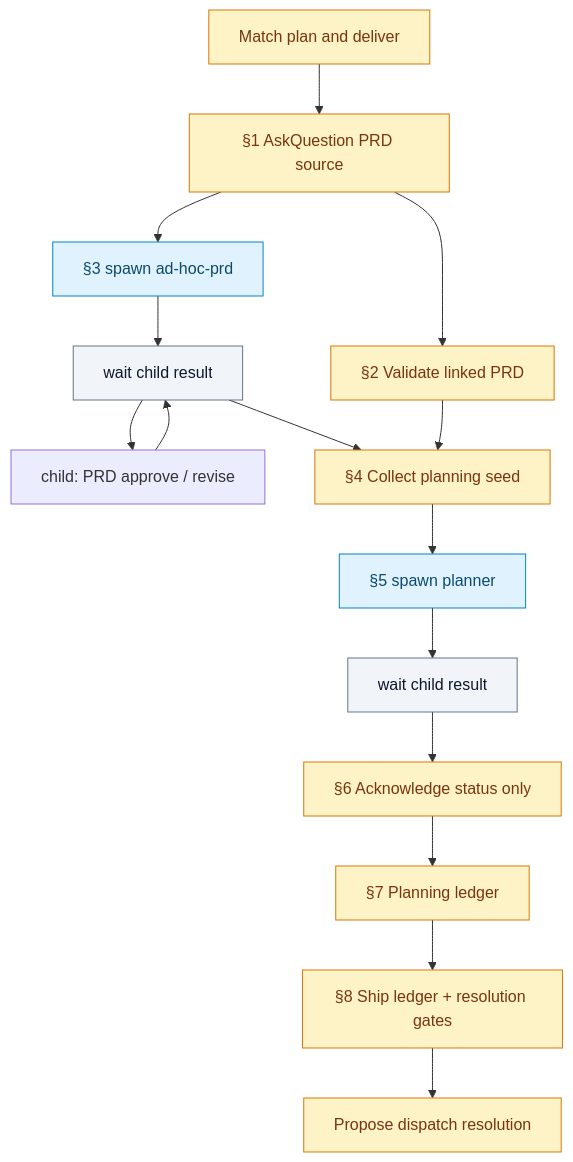
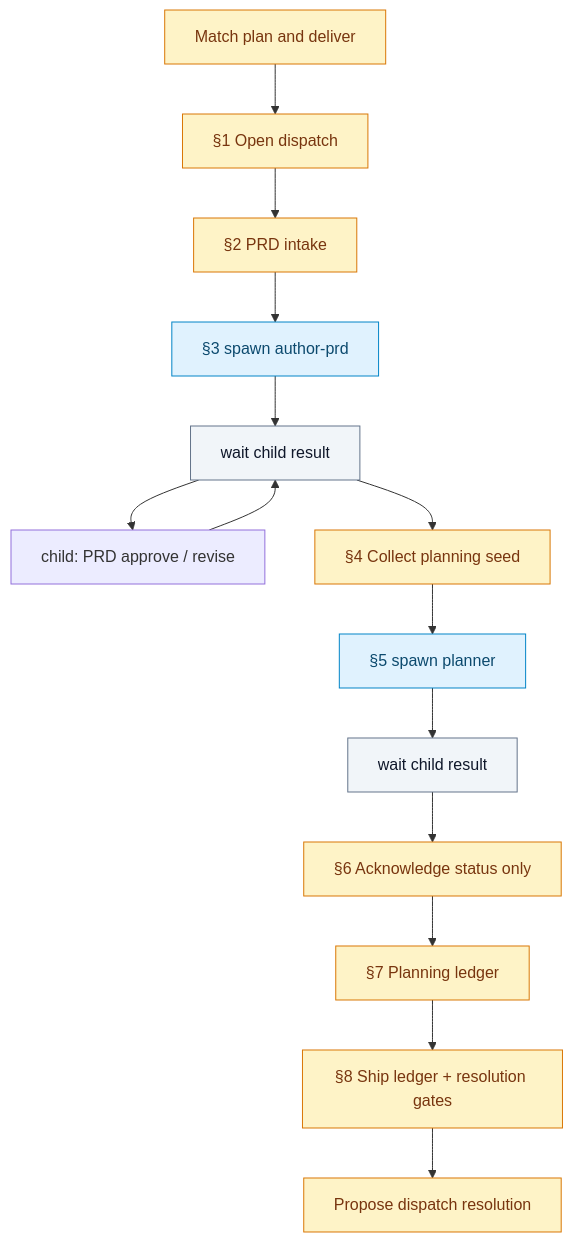
One commit to safebeat-sedea/research-and-development changed the fourth of 4 diagrams in missions/plan-and-deliver/plan.mdc. Above: the diagram before and after it, drawn with Mermaid. The commit also changed other lines of this file and 9 other files, not shown here.

First line of the commit message:
Integrate author-prd into plan-and-deliver and remove standalone prd mission.

````diff
--- a/missions/plan-and-deliver/plan.mdc
+++ b/missions/plan-and-deliver/plan.mdc
@@ -218,22 +218,21 @@
 ```mermaid
 flowchart TD
   classDef leader fill:#fef3c7,stroke:#d97706,color:#78350f
   classDef wait fill:#f1f5f9,stroke:#64748b,color:#0f172a
   classDef spawn fill:#e0f2fe,stroke:#0284c7,color:#0c4a6e
 
   CMD["Match plan and deliver"]:::leader
-  CMD --> ASK["§1 AskQuestion PRD source"]:::leader
-  ASK --> LINK["§2 Validate linked PRD"]:::leader
-  ASK --> AH["§3 spawn ad-hoc-prd"]:::spawn
+  CMD --> S1["§1 Open dispatch"]:::leader
+  S1 --> S2["§2 PRD intake"]:::leader
+  S2 --> AH["§3 spawn author-prd"]:::spawn
   AH --> AHW["wait child result"]:::wait
   AHW --> APR["child: PRD approve / revise"]:::child
   APR --> AHW
   AHW --> SEED["§4 Collect planning seed"]:::leader
-  LINK --> SEED
   SEED --> MP["§5 spawn planner"]:::spawn
   MP --> MPW["wait child result"]:::wait
   MPW --> ACK["§6 Acknowledge status only"]:::leader
   ACK --> LED["§7 Planning ledger"]:::leader
   LED --> SHIP["§8 Ship ledger + resolution gates"]:::leader
   SHIP --> DONE["Propose dispatch resolution"]:::leader
 ```
````
